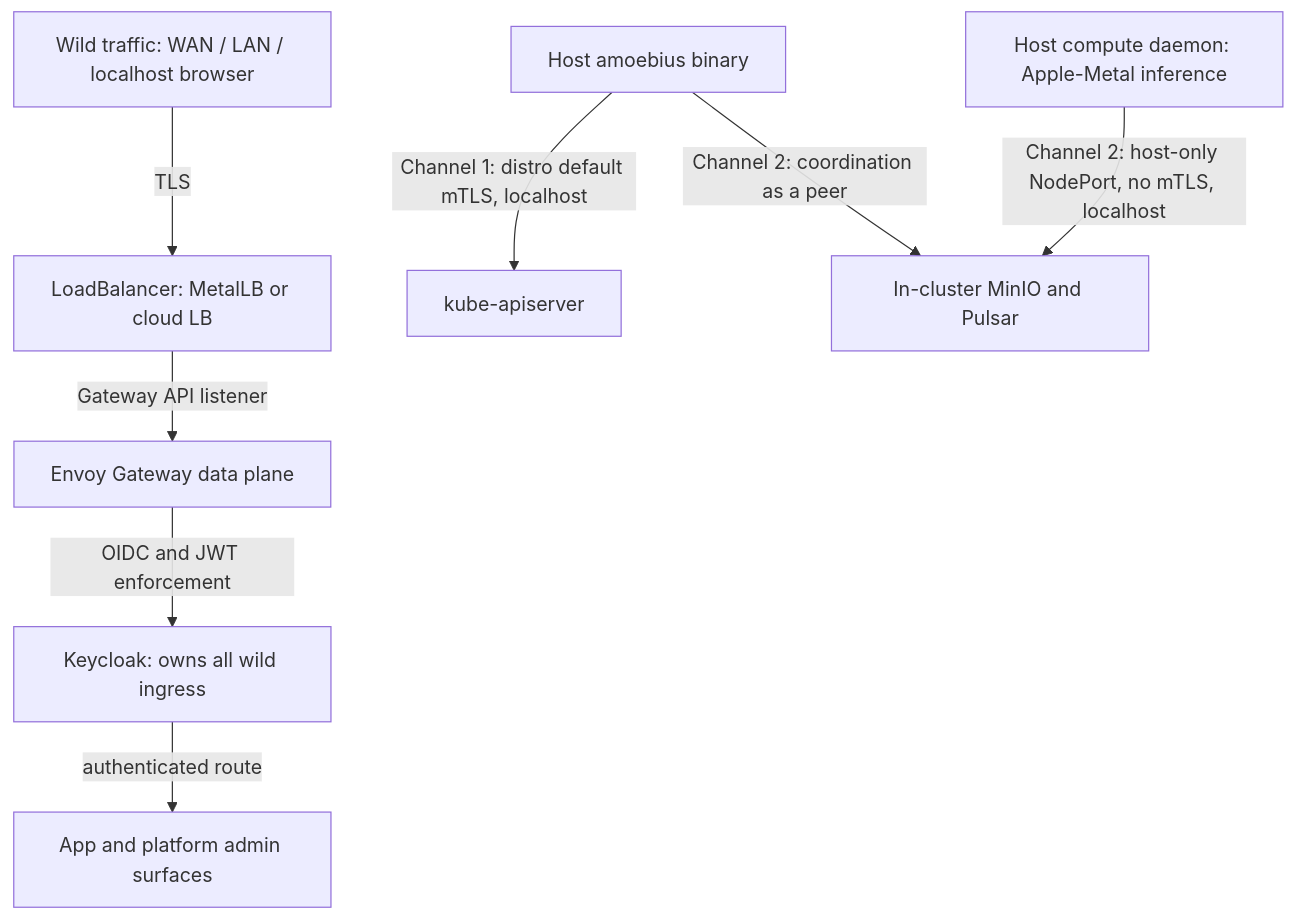
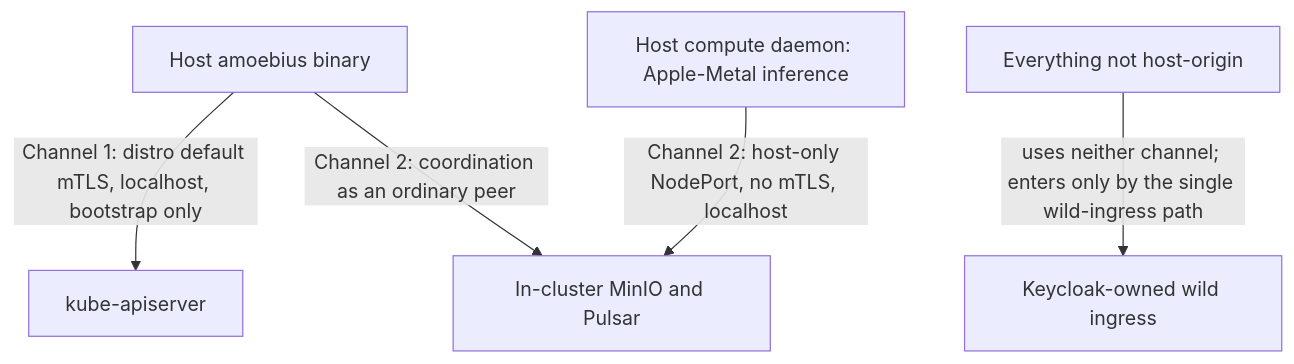
The diagram in documents/engineering/host_cluster_comms_doctrine.md (Tuee22/amoebius), drawn with Mermaid before and after one commit. The commit also changed other lines of this file and 509 other files, not shown here.

````diff
--- a/documents/engineering/host_cluster_comms_doctrine.md
+++ b/documents/engineering/host_cluster_comms_doctrine.md
@@ -53,10 +77,8 @@
 ```mermaid
 flowchart TD
-  wild[Wild traffic: WAN / LAN / localhost browser] -->|TLS| lb[LoadBalancer: MetalLB or cloud LB]
-  lb -->|Gateway API listener| envoy[Envoy Gateway data plane]
-  envoy -->|OIDC and JWT enforcement| kc[Keycloak: owns all wild ingress]
-  kc -->|authenticated route| workloads[App and platform admin surfaces]
-  binary[Host amoebius binary] -->|Channel 1: distro default mTLS, localhost| api[kube-apiserver]
-  binary -->|Channel 2: coordination as a peer| peers[In-cluster MinIO and Pulsar]
-  daemon[Host compute daemon: Apple-Metal inference] -->|Channel 2: host-only NodePort, no mTLS, localhost| peers
+%% register: orientation
+  binary["Host amoebius binary"] -->|"Channel 1: distro default mTLS, localhost, bootstrap only"| api["kube-apiserver"]
+  binary -->|"Channel 2: coordination as an ordinary peer"| peers["In-cluster MinIO and Pulsar"]
+  daemon["Host compute daemon: Apple-Metal inference"] -->|"Channel 2: host-only NodePort, no mTLS, localhost"| peers
+  wild["Everything not host-origin"] -->|"uses neither channel; enters only by the single wild-ingress path"| ingress["Keycloak-owned wild ingress"]
 ```
````
